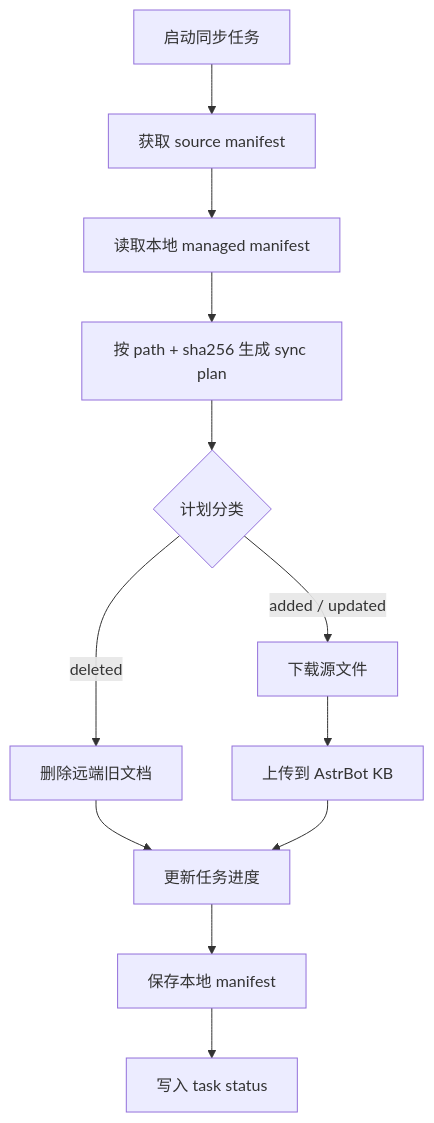
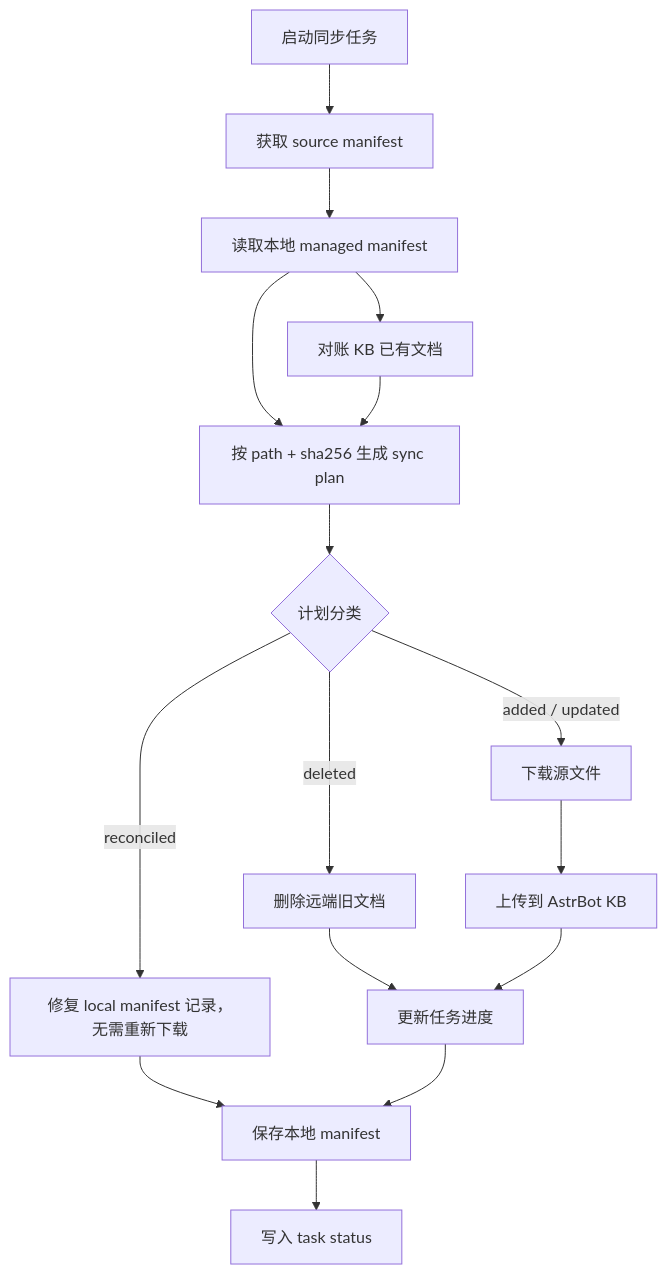
One commit to FlanChanXwO/astrbot_plugin_rsshub changed the diagram in docs/project/knowledge.md. Above: the diagram before and after it, drawn with Mermaid. The commit also changed other lines of this file and 3 other files, not shown here.

````diff
--- a/docs/project/knowledge.md
+++ b/docs/project/knowledge.md
@@ -26,14 +26,18 @@
 ```mermaid
 flowchart TD
   A["启动同步任务"] --> B["获取 source manifest"]
   B --> C["读取本地 managed manifest"]
   C --> D["按 path + sha256 生成 sync plan"]
+  C --> C2["对账 KB 已有文档"]
+  C2 --> D
   D --> E{"计划分类"}
   E -->|"deleted"| F["删除远端旧文档"]
   E -->|"added / updated"| G["下载源文件"]
+  E -->|"reconciled"| G2["修复 local manifest 记录，无需重新下载"]
+  G2 --> J
   G --> H["上传到 AstrBot KB"]
   F --> I["更新任务进度"]
   H --> I
   I --> J["保存本地 manifest"]
   J --> K["写入 task status"]
 ```
````
